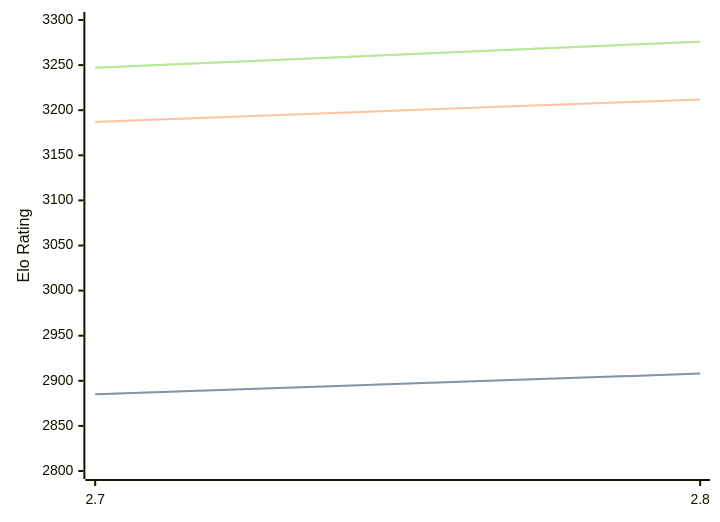
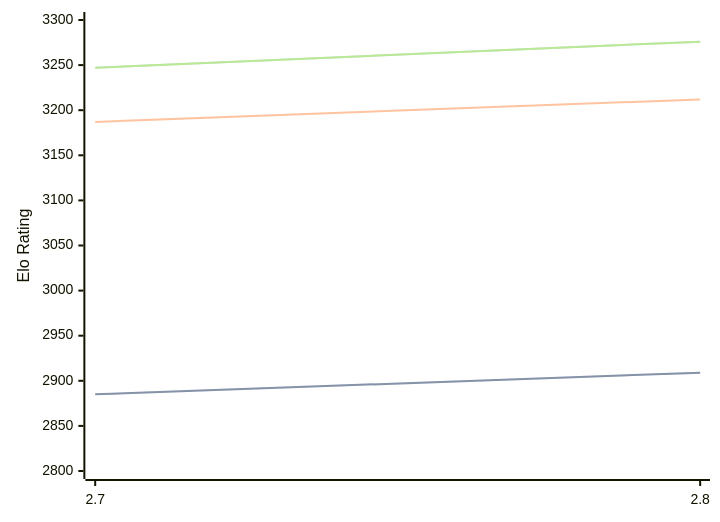
Before and after one commit to computer-chess-index/cci: the third of 3 diagrams in engines/Arcanum.md, drawn with Mermaid. The commit also changed other lines of this file, not shown here.

````diff
--- a/engines/Arcanum.md
+++ b/engines/Arcanum.md
@@ -77,11 +77,11 @@
 ```mermaid
 %%{init: {"theme":"base","themeVariables":{"seriesColors:['#a3a3a3','#222221','#faa371']}}}%%
 xychart-beta
   x-axis ["2.7", "2.8"]
   y-axis "Elo Rating" 2800 --> 3300
-  line "STC (8.0+0.08s)" [2885, 2908]
-  line "STC (8.0+0.08s)" [2885, 2908]
+  line "STC (8.0+0.08s)" [2885, 2909]
+  line "STC (8.0+0.08s)" [2885, 2909]
   line "LTC (60.0+0.60s)" [3187, 3212]
   line "VLTC (2m24s+1.12s)" [3247, 3276]
   line "VLTC (2m24s+1.12s)" [3247, 3276]
 ```
````
